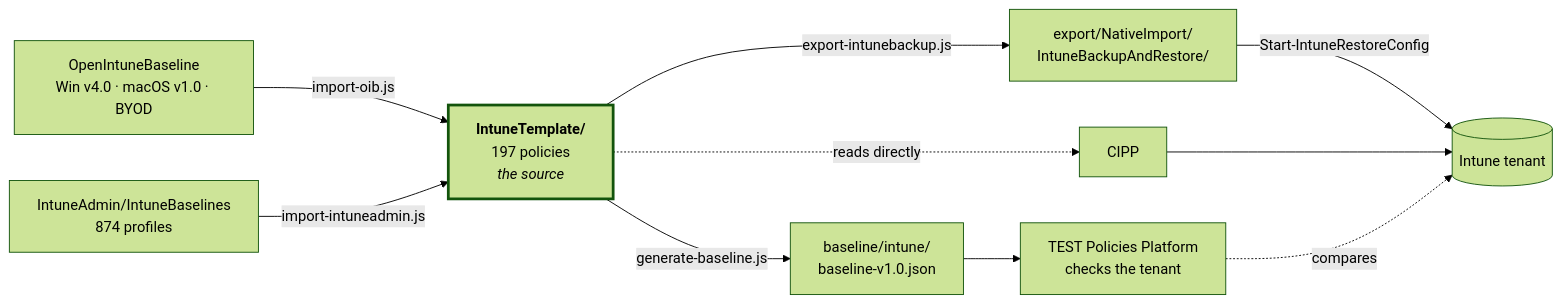
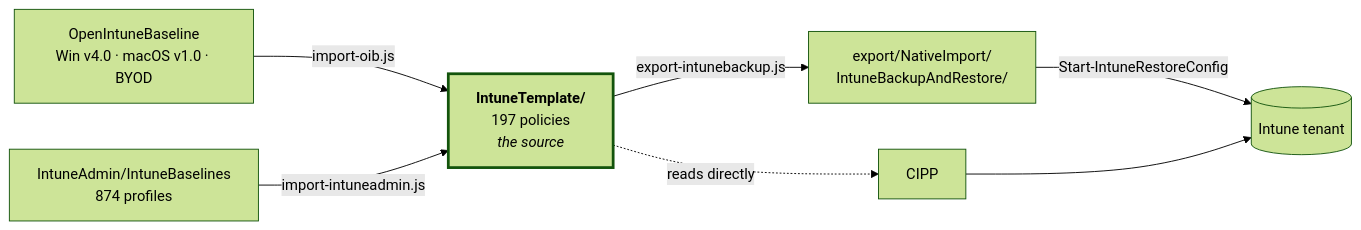
Before and after one commit to sjkanon/IntuneBackup: the diagram in README.en.md, drawn with Mermaid (forest theme). The commit also changed other lines of this file and 678 other files, not shown here.

First line of the commit message:
TEST Policies Platform eruit

````diff
--- a/README.en.md
+++ b/README.en.md
@@ -20,21 +20,17 @@
 ```mermaid
 flowchart LR
   OIB["OpenIntuneBaseline<br/>Win v4.0 · macOS v1.0 · BYOD"]
   T["<b>IntuneTemplate/</b><br/>197 policies<br/><i>the source</i>"]
-  BL["baseline/intune/<br/>baseline-v1.0.json"]
   EX["export/NativeImport/<br/>IntuneBackupAndRestore/"]
   TENANT[("Intune tenant")]
 
   OIB -->|import-oib.js| T
-  T -->|generate-baseline.js| BL
   T -->|export-intunebackup.js| EX
   T -.->|reads directly| CIPP[CIPP]
-  BL --> PLAT["TEST Policies Platform<br/>checks the tenant"]
   EX -->|Start-IntuneRestoreConfig| TENANT
   CIPP --> TENANT
-  PLAT -.->|compares| TENANT
 
   IA["IntuneAdmin/IntuneBaselines<br/>874 profiles"] -->|import-intuneadmin.js| T
 
   style T stroke-width:3px
 ```
````
